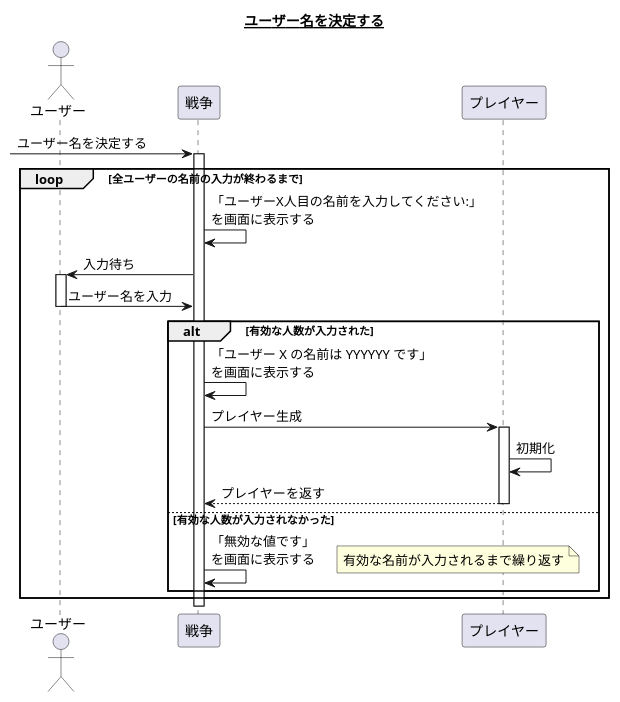
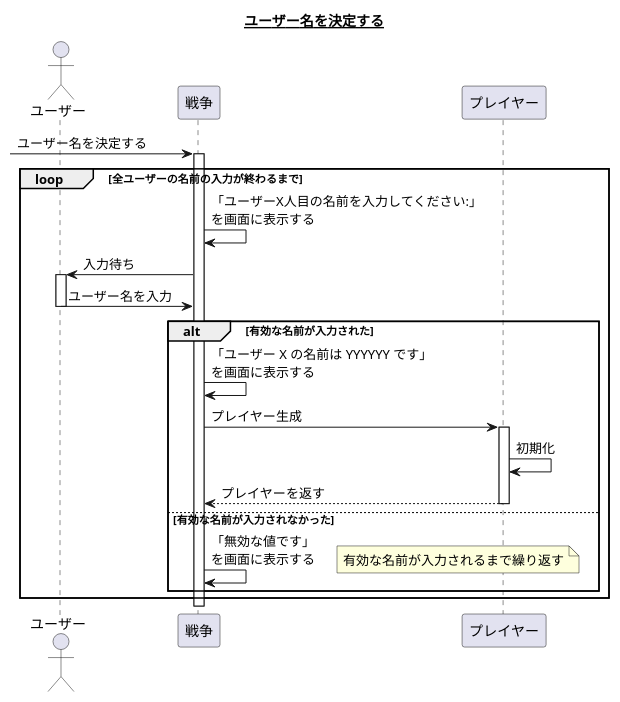
One commit to hachimitu22/study changed the fourth of 10 diagrams in uml/CardGame/doc/design.md. Above: the diagram before and after it, drawn with PlantUML. The commit also changed other lines of this file, not shown here.

Commit message:
クラス図の文言の修正漏れ対応

````diff
--- a/uml/CardGame/doc/design.md
+++ b/uml/CardGame/doc/design.md
@@ -197,33 +197,33 @@
 ```plantuml
 @startuml
 
 title __ユーザー名を決定する__
 
 actor ユーザー
 
 [-> 戦争 : ユーザー名を決定する
 activate 戦争
 
 loop 全ユーザーの名前の入力が終わるまで
   戦争 -> 戦争 : 「ユーザーX人目の名前を入力してください:」\nを画面に表示する
   ユーザー <- 戦争 : 入力待ち
   activate ユーザー
   ユーザー -> 戦争 : ユーザー名を入力
   deactivate ユーザー
-  alt 有効な人数が入力された
+  alt 有効な名前が入力された
     戦争 -> 戦争 : 「ユーザー X の名前は YYYYYY です」\nを画面に表示する
     戦争 -> プレイヤー : プレイヤー生成
     activate プレイヤー
     プレイヤー -> プレイヤー : 初期化
     戦争 <-- プレイヤー : プレイヤーを返す
     deactivate プレイヤー
-  else 有効な人数が入力されなかった
+  else 有効な名前が入力されなかった
     戦争 -> 戦争 : 「無効な値です」\nを画面に表示する
     note right
       有効な名前が入力されるまで繰り返す
     end note
   end
 end
 
 @enduml
 ```
````
